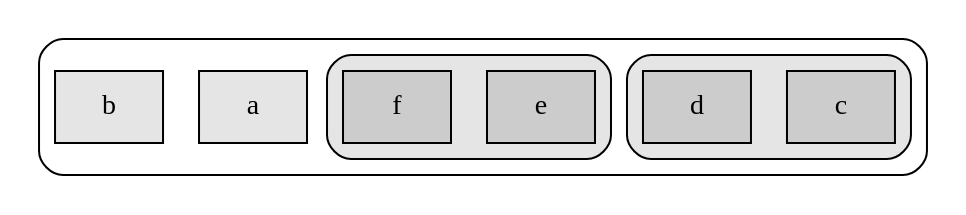
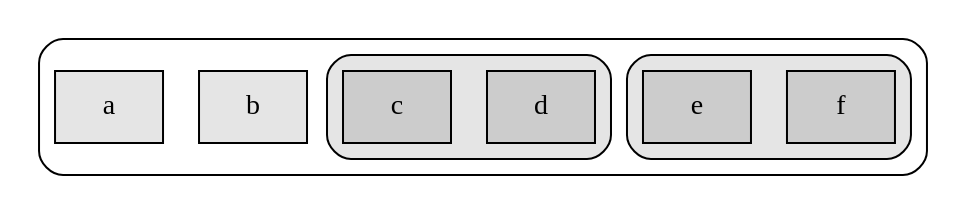
One commit to jrnold/r4ds-exercise-solutions changed the diagram in diagrams/nested_set_1.dot. Above: the diagram before and after it, drawn with Graphviz.

Commit message:
preserve the order in the original R code for Exercise 20.5.1

```diff
--- a/diagrams/nested_set_1.dot
+++ b/diagrams/nested_set_1.dot
@@ -1,22 +1,22 @@
 digraph nested_set_1 {
   node[shape=box]
   graph[style=rounded]
   # subgraph for R information
-  subgraph cluster0 {
+  subgraph cluster_abcdef {
     node[style=filled,fillcolor=gray90]
+    "b"
     "a"
-    "b"
-    subgraph cluster1 {
+    subgraph cluster_ef {
       graph[fillcolor=gray90,style="rounded,filled"]
       node[fillcolor=gray80]
-      "c"
-      "d"
+      "f"
+      "e"
     }
-    subgraph cluster2 {
+    subgraph cluster_cd {
       graph[fillcolor=gray90,style="rounded,filled"]
       node[fillcolor=gray80]
-      "e"
-      "f"
+      "d"
+      "c"
     }
   }
 }
```
